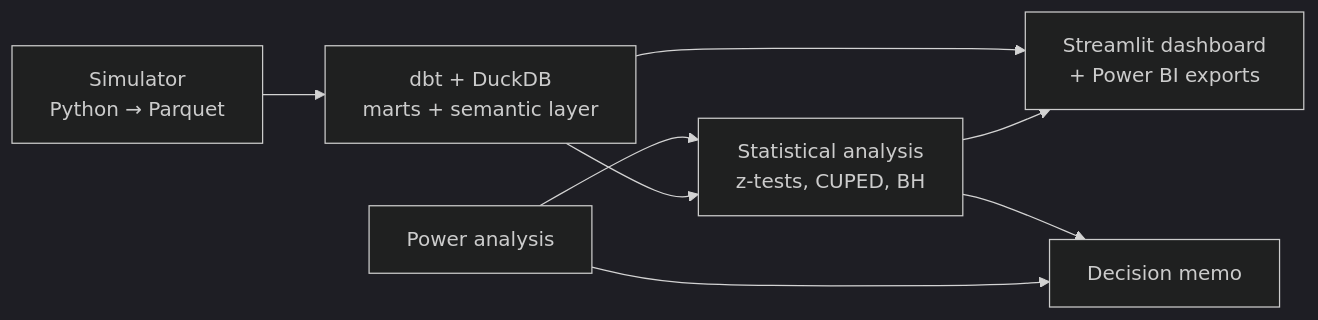
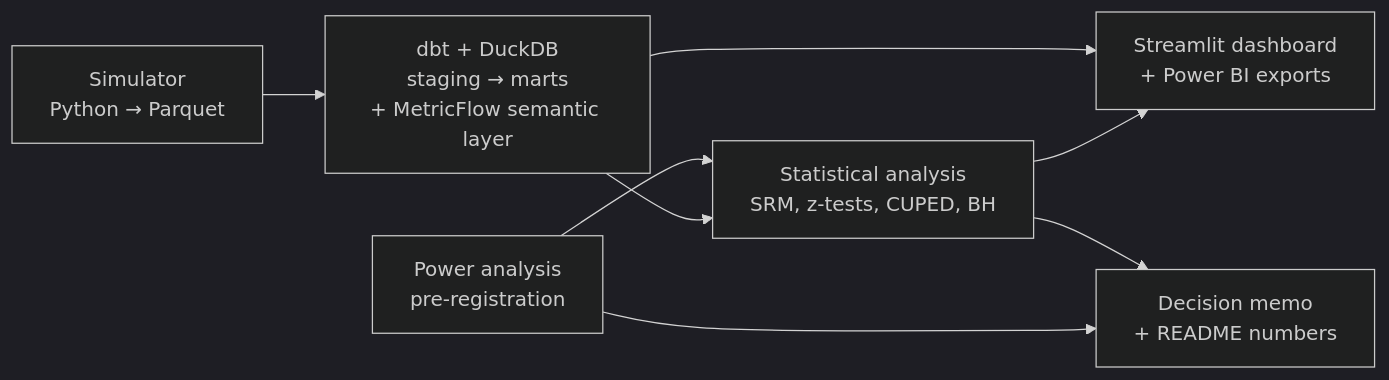
The diagram in README.md (penguinme12345/payment-retry-experiment), drawn with Mermaid (dark theme) before and after one commit. The commit also changed other lines of this file and 24 other files, not shown here.

````diff
--- a/README.md
+++ b/README.md
@@ -21,10 +40,10 @@
 ```mermaid
 flowchart LR
-  A[Simulator<br/>Python → Parquet] --> B[dbt + DuckDB<br/>marts + semantic layer]
-  C[Power analysis] --> D
-  B --> D[Statistical analysis<br/>z-tests, CUPED, BH]
+  A[Simulator<br/>Python → Parquet] --> B[dbt + DuckDB<br/>staging → marts<br/>+ MetricFlow semantic layer]
+  C[Power analysis<br/>pre-registration] --> D
+  B --> D[Statistical analysis<br/>SRM, z-tests, CUPED, BH]
   B --> E[Streamlit dashboard<br/>+ Power BI exports]
   D --> E
-  D --> F[Decision memo]
+  D --> F[Decision memo<br/>+ README numbers]
   C --> F
 ```
````
